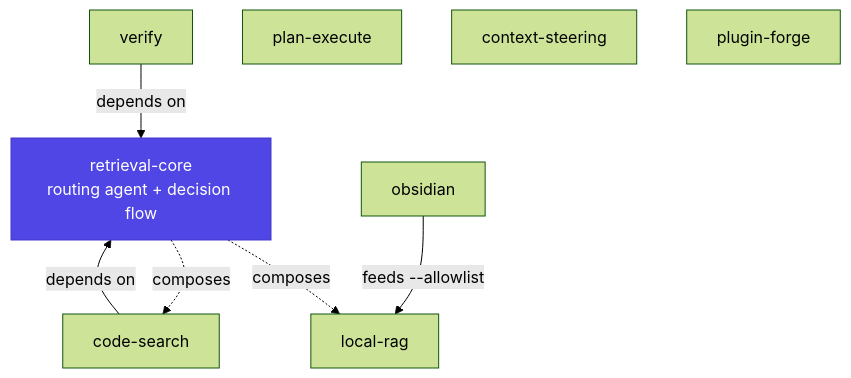
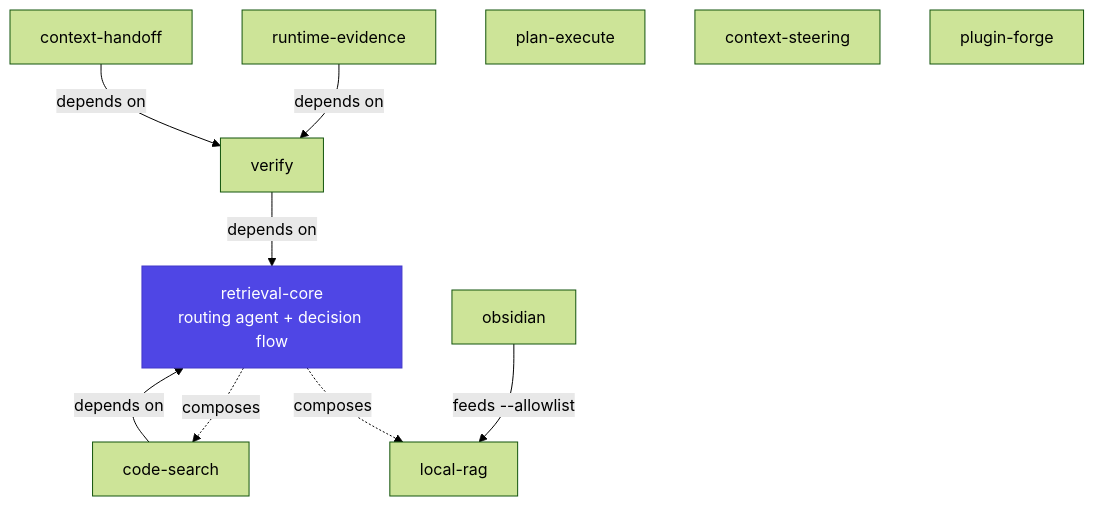
One commit to mbeacom/context-kit changed the diagram in docs/plugins/index.md. Above: the diagram before and after it, drawn with Mermaid (forest theme). The commit also changed other lines of this file and 31 other files, not shown here.

First line of the commit message:
feat: integrate context evidence and continuity

````diff
--- a/docs/plugins/index.md
+++ b/docs/plugins/index.md
@@ -85,20 +104,24 @@
 ```mermaid
 graph TD
     RC[retrieval-core<br/>routing agent + decision flow]
     CS[code-search]
     LR[local-rag]
     OB[obsidian]
     VF[verify]
+    RE[runtime-evidence]
+    CH[context-handoff]
     PE[plan-execute]
     CST[context-steering]
     PF[plugin-forge]
 
     CS -->|depends on| RC
     VF -->|depends on| RC
+    RE -->|depends on| VF
+    CH -->|depends on| VF
     OB -->|feeds --allowlist| LR
     RC -.composes.-> CS
     RC -.composes.-> LR
 
     classDef spine fill:#4f46e5,stroke:#4338ca,color:#fff;
     class RC spine;
 ```
````
